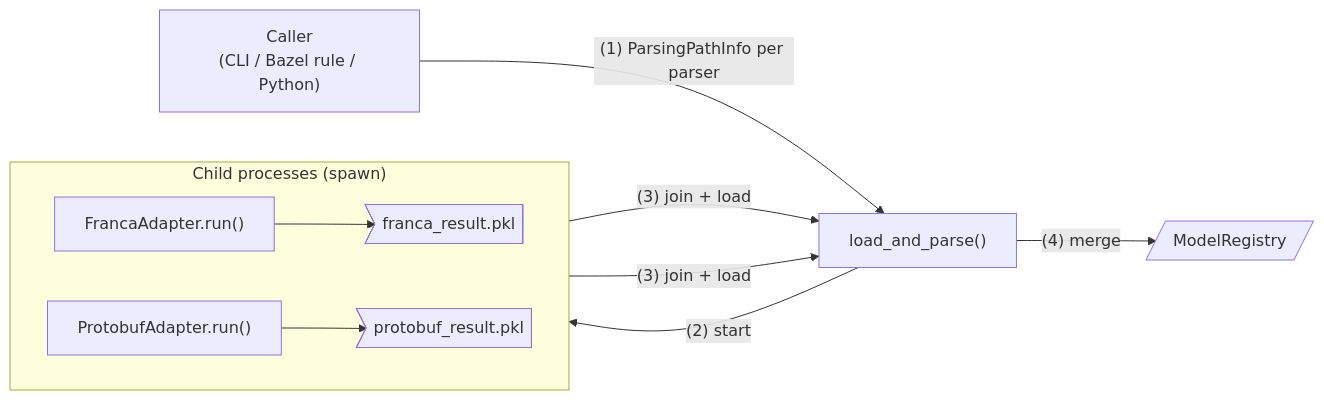
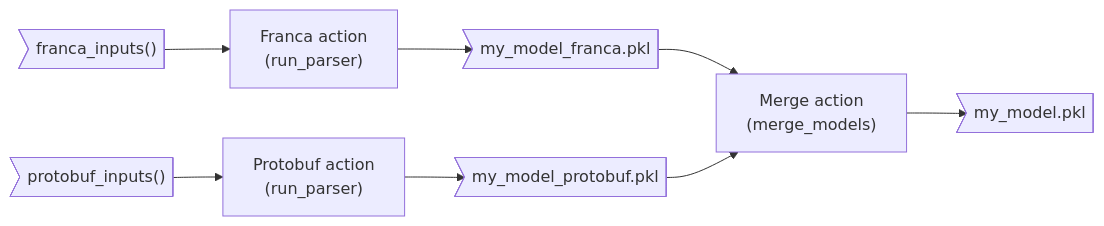
One commit to eclipse-score/inc_ecu_model changed the first of 2 diagrams in score/orchestrator/README.md. Above: the diagram before and after it, drawn with Mermaid. The commit also changed other lines of this file and 18 other files, not shown here.

````diff
--- a/score/orchestrator/README.md
+++ b/score/orchestrator/README.md
@@ -30,13 +30,8 @@
 ```mermaid
 graph LR
-  Caller["Caller<br/>(CLI / Bazel rule / Python)"] -->|"(1) ParsingPathInfo per parser"| Dispatch["load_and_parse()"]
-  subgraph Children["Child processes (spawn)"]
-    direction LR
-    Franca["FrancaAdapter.run()"] --> FrancaPickle>"franca_result.pkl"]
-    Protobuf["ProtobufAdapter.run()"] --> ProtobufPickle>"protobuf_result.pkl"]
-  end
-  Dispatch -->|"(2) start"| Children
-  FrancaPickle -->|"(3) join + load"| Dispatch
-  ProtobufPickle -->|"(3) join + load"| Dispatch
-  Dispatch -->|"(4) merge"| Model[/"ModelRegistry"/]
+  Franca>"franca_inputs()"] --> FrancaModel["Franca action<br/>(run_parser)"] --> FrancaPickle>"my_model_franca.pkl"]
+  Proto>"protobuf_inputs()"] --> ProtobufModel["Protobuf action<br/>(run_parser)"] --> ProtobufPickle>"my_model_protobuf.pkl"]
+  FrancaPickle --> Merge["Merge action<br/>(merge_models)"]
+  ProtobufPickle --> Merge
+  Merge --> Model>"my_model.pkl"]
 ```
````
